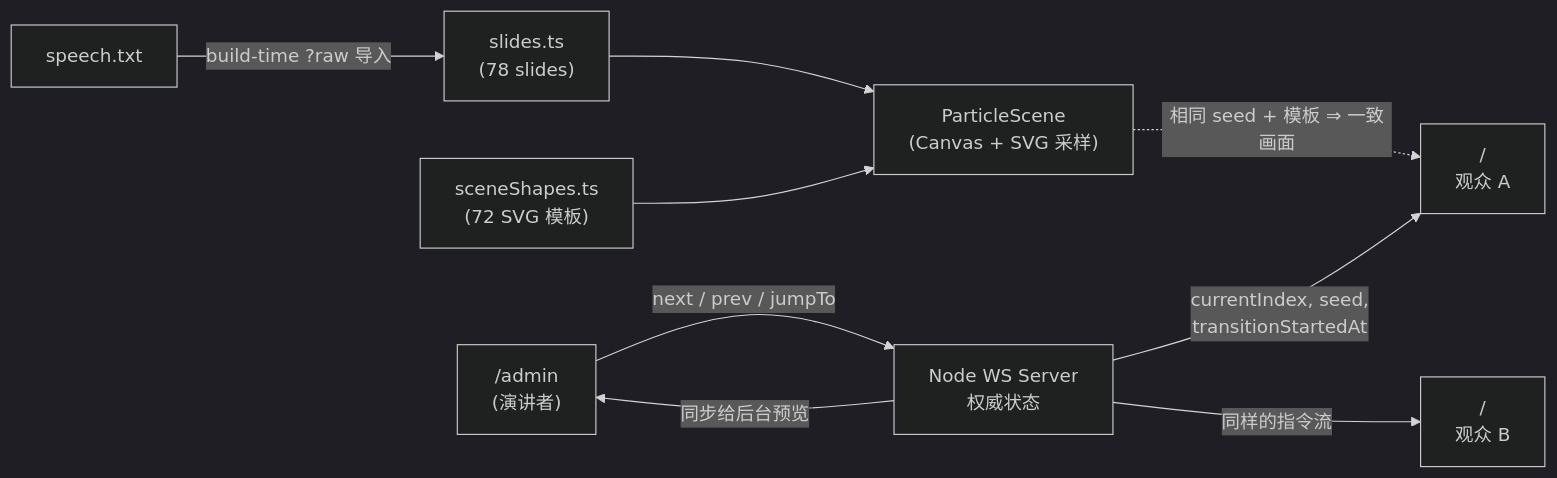
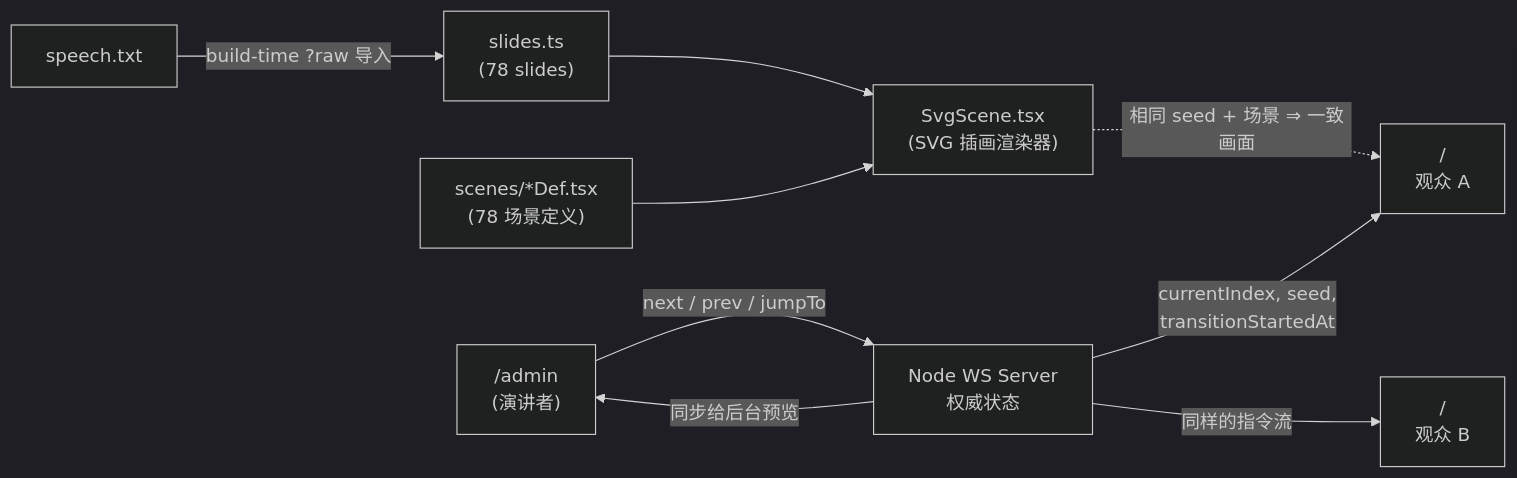
The diagram in README.md (YicongCao/AI-Coding-Share), drawn with Mermaid (dark theme) before and after one commit. The commit also changed other lines of this file and 78 other files, not shown here.

````diff
--- a/README.md
+++ b/README.md
@@ -30,11 +30,11 @@
 ```mermaid
 flowchart LR
   speech["speech.txt"] -->|"build-time ?raw 导入"| slides["slides.ts<br/>(78 slides)"]
-  slides --> renderer["ParticleScene<br/>(Canvas + SVG 采样)"]
-  shapes["sceneShapes.ts<br/>(72 SVG 模板)"] --> renderer
+  slides --> renderer["SvgScene.tsx<br/>(SVG 插画渲染器)"]
+  scenes["scenes/*Def.tsx<br/>(78 场景定义)"] --> renderer
   admin["/admin<br/>(演讲者)"] -->|"next / prev / jumpTo"| wsServer["Node WS Server<br/>权威状态"]
   wsServer -->|"currentIndex, seed,<br/>transitionStartedAt"| audienceA["/<br/>观众 A"]
   wsServer -->|"同样的指令流"| audienceB["/<br/>观众 B"]
   wsServer -->|"同步给后台预览"| admin
-  renderer -.->|"相同 seed + 模板 ⇒ 一致画面"| audienceA
+  renderer -.->|"相同 seed + 场景 ⇒ 一致画面"| audienceA
 ```
````
